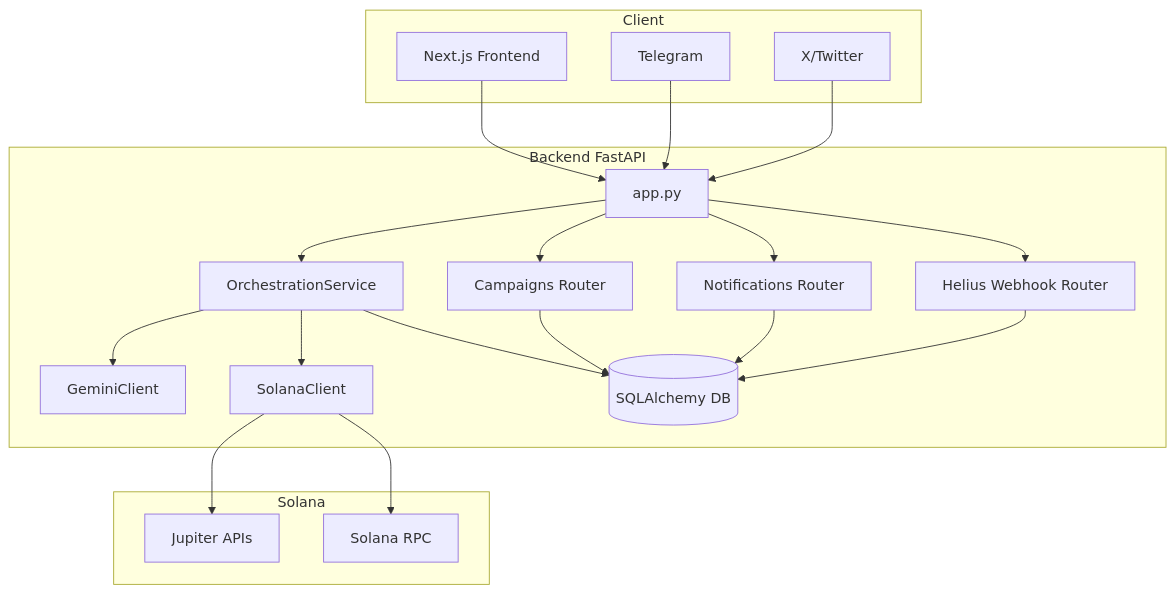
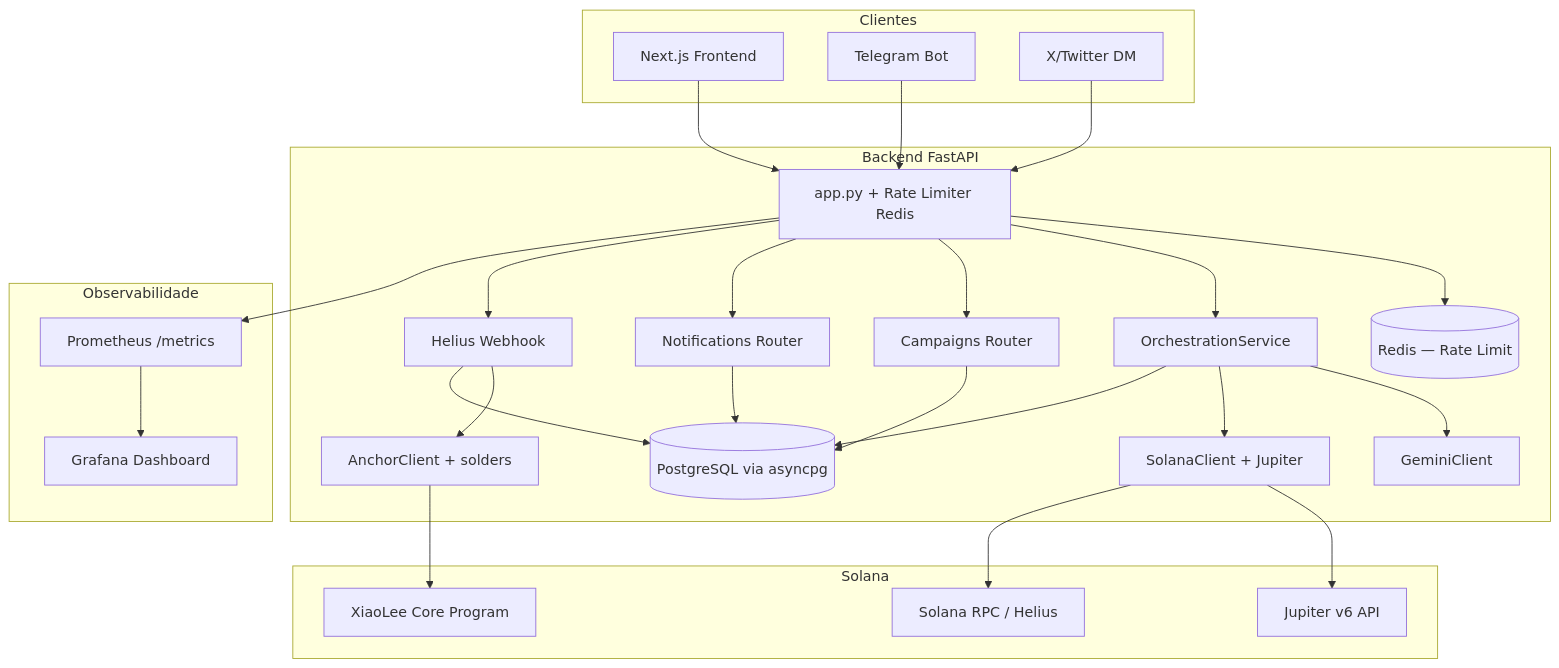
Before and after one commit to ParaDevs-Brasil/XiaoLee: the diagram in docs/ARCHITECTURE.md, drawn with Mermaid. The commit also changed other lines of this file and 71 other files, not shown here.

Commit message:
Update docs, frontend fixes, backend endpoints, and ignore architecture rules

````diff
--- a/docs/ARCHITECTURE.md
+++ b/docs/ARCHITECTURE.md
@@ -48,43 +60,58 @@
 ```mermaid
 graph TB
-    subgraph "Client"
-        FE[Next.js Frontend]
-        TG[Telegram]
-        XX[X/Twitter]
-    end
+subgraph "Clientes"
+FE[Next.js Frontend]
+TG[Telegram Bot]
+XX[X/Twitter DM]
+end
 
-    subgraph "Backend FastAPI"
-        API[app.py]
-        ORCH[OrchestrationService]
-        GEM[GeminiClient]
-        SOL[SolanaClient]
-        CAMP[Campaigns Router]
-        NOTIF[Notifications Router]
-        HEL[Helius Webhook Router]
-        DB[(SQLAlchemy DB)]
-    end
+subgraph "Backend FastAPI"
+API[app.py + Rate Limiter Redis]
+ORCH[OrchestrationService]
+GEM[GeminiClient]
+SOL[SolanaClient + Jupiter]
+CAMP[Campaigns Router]
+NOTIF[Notifications Router]
+HEL[Helius Webhook]
+ANCHOR[AnchorClient + solders]
+DB[(PostgreSQL via asyncpg)]
+REDIS[(Redis — Rate Limit)]
+end
 
-    subgraph "Solana"
-        JUP[Jupiter APIs]
-        RPC[Solana RPC]
-    end
+subgraph "Observabilidade"
+PROM[Prometheus /metrics]
+GRAF[Grafana Dashboard]
+end
 
-    FE --> API
-    TG --> API
-    XX --> API
+subgraph "Solana"
+JUP[Jupiter v6 API]
+RPC[Solana RPC / Helius]
+PROG[XiaoLee Core Program]
+end
 
-    API --> ORCH
-    ORCH --> GEM
-    ORCH --> SOL
-    API --> CAMP
-    API --> NOTIF
-    API --> HEL
+FE --> API
+TG --> API
+XX --> API
 
-    ORCH --> DB
-    CAMP --> DB
-    NOTIF --> DB
-    HEL --> DB
+API --> REDIS
+API --> ORCH
+ORCH --> GEM
+ORCH --> SOL
+API --> CAMP
+API --> NOTIF
+API --> HEL
 
-    SOL --> JUP
-    SOL --> RPC
+HEL --> ANCHOR
+ANCHOR --> PROG
+
+ORCH --> DB
+CAMP --> DB
+NOTIF --> DB
+HEL --> DB
+
+SOL --> JUP
+SOL --> RPC
+
+API --> PROM
+PROM --> GRAF
 ```
````
